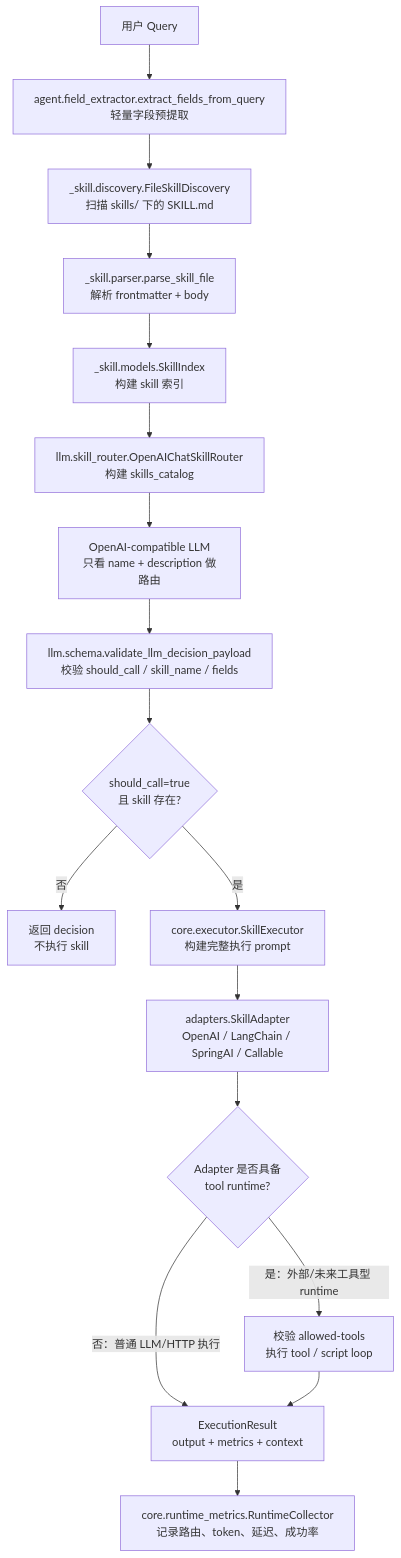
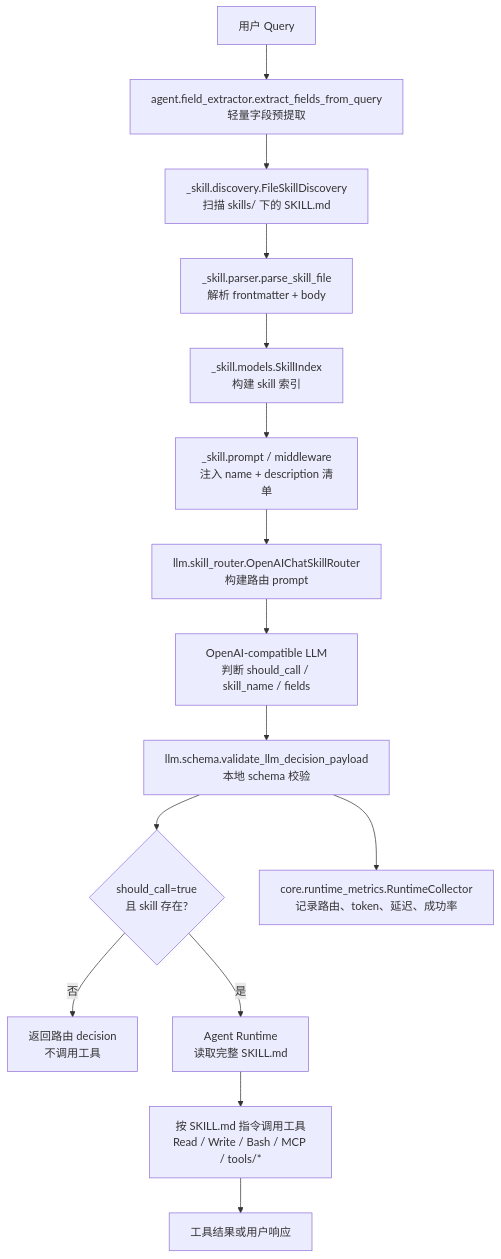
The first of 3 diagrams in docs/SKILL_MIDDLEWARE_PIPELINE_REPORT_2026-07-03.md (whopointer/enterprise-office-agent), drawn with Mermaid before and after one commit. The commit also changed other lines of this file and 37 other files, not shown here.

Commit message:
Refactor skill execution into eval runner and tools

````diff
--- a/docs/SKILL_MIDDLEWARE_PIPELINE_REPORT_2026-07-03.md
+++ b/docs/SKILL_MIDDLEWARE_PIPELINE_REPORT_2026-07-03.md
@@ -17,19 +18,17 @@
 ```mermaid
 flowchart TD
     A["用户 Query"] --> B["agent.field_extractor.extract_fields_from_query<br/>轻量字段预提取"]
     B --> C["_skill.discovery.FileSkillDiscovery<br/>扫描 skills/ 下的 SKILL.md"]
     C --> D["_skill.parser.parse_skill_file<br/>解析 frontmatter + body"]
     D --> E["_skill.models.SkillIndex<br/>构建 skill 索引"]
-    E --> F["llm.skill_router.OpenAIChatSkillRouter<br/>构建 skills_catalog"]
-    F --> G["OpenAI-compatible LLM<br/>只看 name + description 做路由"]
-    G --> H["llm.schema.validate_llm_decision_payload<br/>校验 should_call / skill_name / fields"]
-    H --> I{"should_call=true<br/>且 skill 存在?"}
-    I -- "否" --> J["返回 decision<br/>不执行 skill"]
-    I -- "是" --> K["core.executor.SkillExecutor<br/>构建完整执行 prompt"]
-    K --> L["adapters.SkillAdapter<br/>OpenAI / LangChain / SpringAI / Callable"]
-    L --> L1{"Adapter 是否具备<br/>tool runtime?"}
-    L1 -- "否：普通 LLM/HTTP 执行" --> M["ExecutionResult<br/>output + metrics + context"]
-    L1 -- "是：外部/未来工具型 runtime" --> T["校验 allowed-tools<br/>执行 tool / script loop"]
-    T --> M
-    M --> N["core.runtime_metrics.RuntimeCollector<br/>记录路由、token、延迟、成功率"]
+    E --> F["_skill.prompt / middleware<br/>注入 name + description 清单"]
+    F --> G["llm.skill_router.OpenAIChatSkillRouter<br/>构建路由 prompt"]
+    G --> H["OpenAI-compatible LLM<br/>判断 should_call / skill_name / fields"]
+    H --> I["llm.schema.validate_llm_decision_payload<br/>本地 schema 校验"]
+    I --> J{"should_call=true<br/>且 skill 存在?"}
+    J -- "否" --> K["返回路由 decision<br/>不调用工具"]
+    J -- "是" --> L["Agent Runtime<br/>读取完整 SKILL.md"]
+    L --> M["按 SKILL.md 指令调用工具<br/>Read / Write / Bash / MCP / tools/*"]
+    M --> N["工具结果或用户响应"]
+    I --> O["core.runtime_metrics.RuntimeCollector<br/>记录路由、token、延迟、成功率"]
 ```
````
